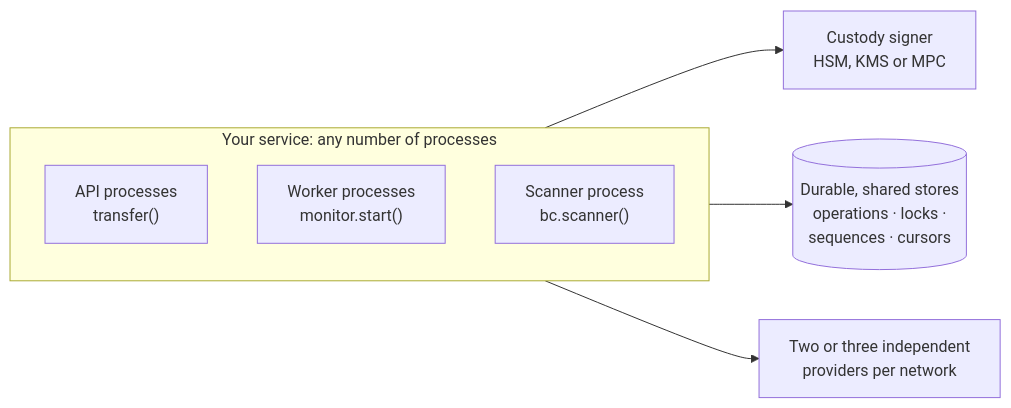
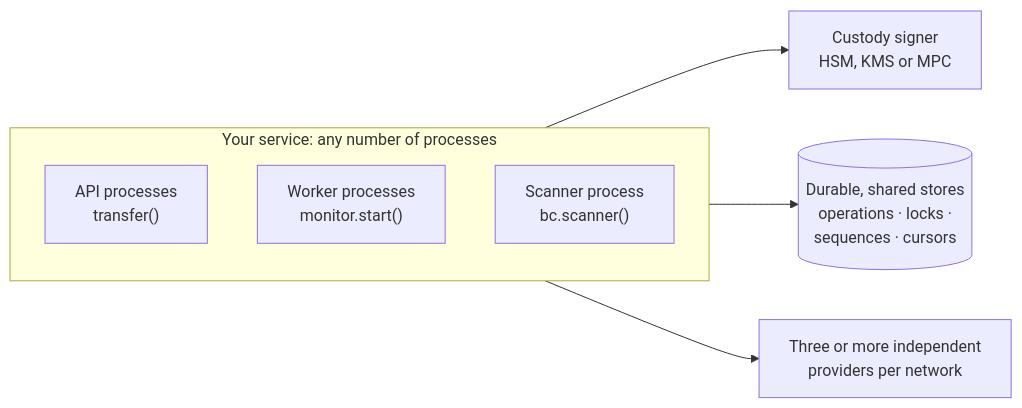
Before and after one commit to vhidvz/crypto-aio: the diagram in docs/build/production.md, drawn with Mermaid. The commit also changed other lines of this file and 470 other files, not shown here.

````diff
--- a/docs/build/production.md
+++ b/docs/build/production.md
@@ -14,15 +14,15 @@
 ```mermaid
 flowchart LR
   subgraph app["Your service: any number of processes"]
     direction TB
     api["API processes<br/>transfer()"]
     worker["Worker processes<br/>monitor.start()"]
     scan["Scanner process<br/>bc.scanner()"]
   end
   stores[("Durable, shared stores<br/>operations · locks ·<br/>sequences · cursors")]
   custody["Custody signer<br/>HSM, KMS or MPC"]
-  providers["Two or three independent<br/>providers per network"]
+  providers["Three or more independent<br/>providers per network"]
   app --> stores
   app --> providers
   api --> custody
 ```
````
